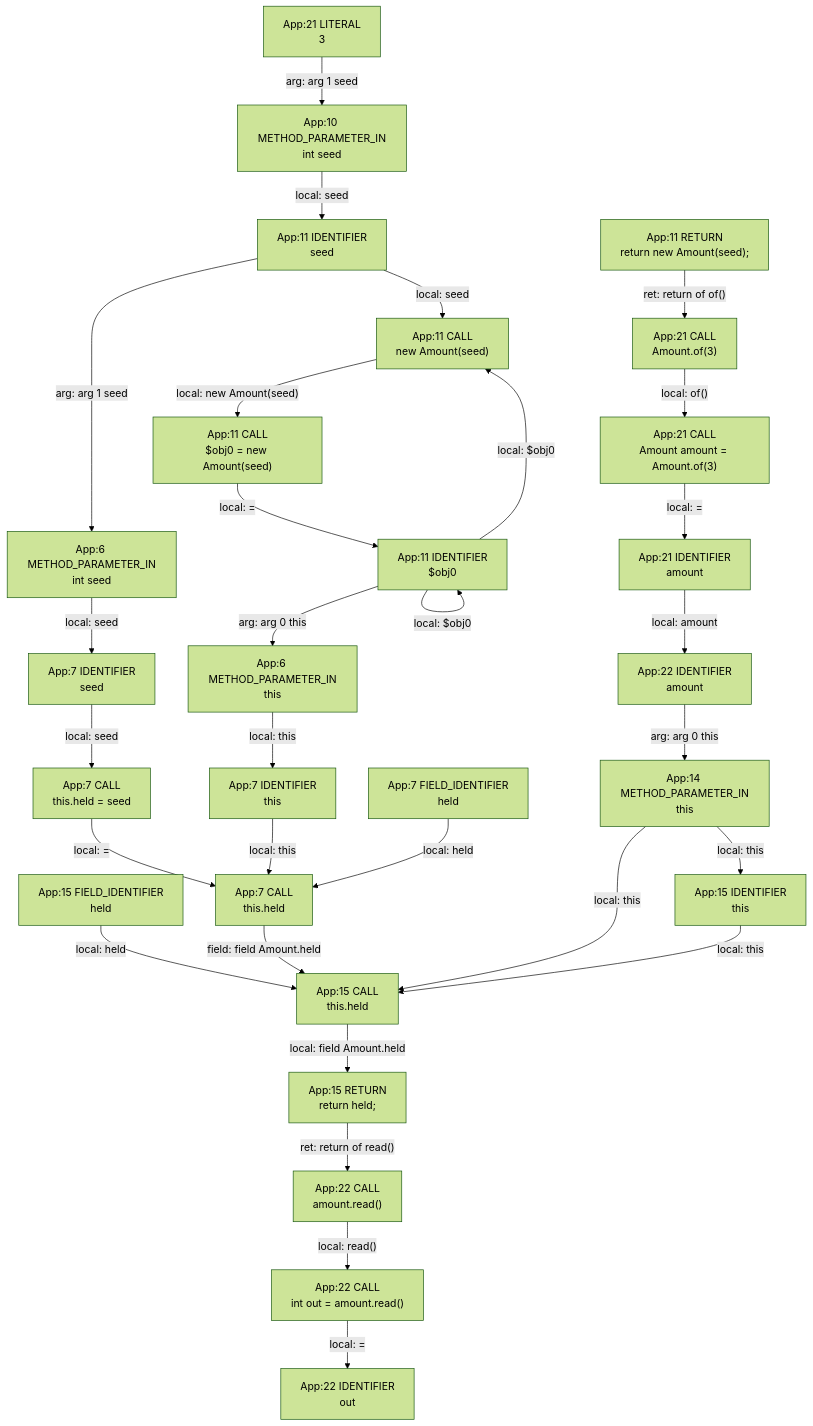
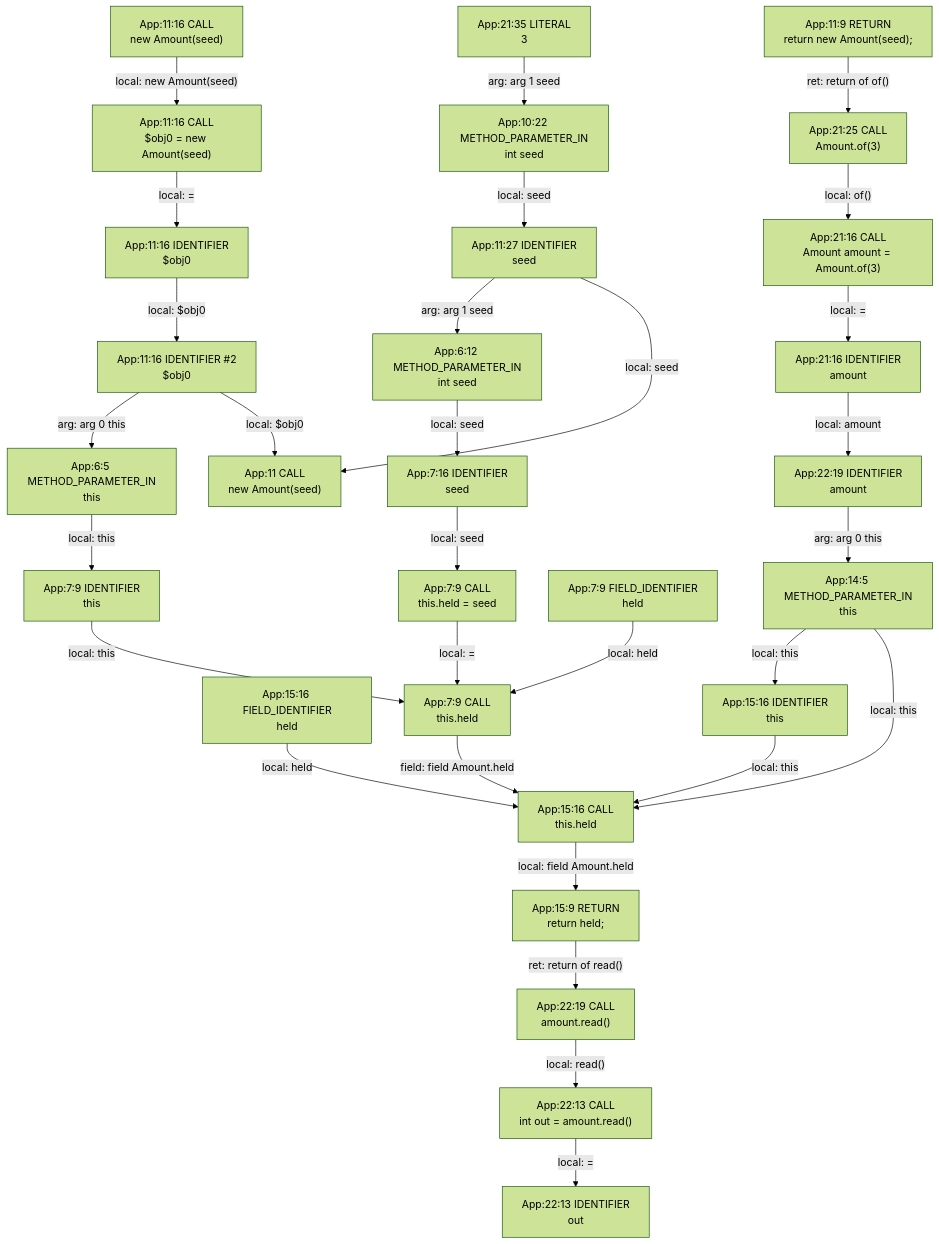
Before and after one commit to gstiebler/codeflow: the diagram in app/src/test/resources/returnedObject/spike-truth.md, drawn with Mermaid (forest theme). The commit also changed 154 other files, not shown here.

````diff
--- a/app/src/test/resources/returnedObject/spike-truth.md
+++ b/app/src/test/resources/returnedObject/spike-truth.md
@@ -3,58 +3,60 @@
 ```mermaid
 flowchart TD
-  n0["App:10 METHOD_PARAMETER_IN<br/>int seed"]
-  n1["App:11 CALL<br/>$obj0 = new Amount(seed)"]
-  n2["App:11 CALL<br/>new Amount(seed)"]
-  n3["App:11 IDENTIFIER<br/>$obj0"]
-  n4["App:11 IDENTIFIER<br/>seed"]
-  n5["App:11 RETURN<br/>return new Amount(seed);"]
-  n6["App:14 METHOD_PARAMETER_IN<br/>this"]
-  n7["App:15 CALL<br/>this.held"]
-  n8["App:15 FIELD_IDENTIFIER<br/>held"]
-  n9["App:15 IDENTIFIER<br/>this"]
-  n10["App:15 RETURN<br/>return held;"]
-  n11["App:21 CALL<br/>Amount amount = Amount.of(3)"]
-  n12["App:21 CALL<br/>Amount.of(3)"]
-  n13["App:21 IDENTIFIER<br/>amount"]
-  n14["App:21 LITERAL<br/>3"]
-  n15["App:22 CALL<br/>amount.read()"]
-  n16["App:22 CALL<br/>int out = amount.read()"]
-  n17["App:22 IDENTIFIER<br/>amount"]
-  n18["App:22 IDENTIFIER<br/>out"]
-  n19["App:6 METHOD_PARAMETER_IN<br/>int seed"]
-  n20["App:6 METHOD_PARAMETER_IN<br/>this"]
-  n21["App:7 CALL<br/>this.held"]
-  n22["App:7 CALL<br/>this.held = seed"]
-  n23["App:7 FIELD_IDENTIFIER<br/>held"]
-  n24["App:7 IDENTIFIER<br/>seed"]
-  n25["App:7 IDENTIFIER<br/>this"]
-  n0 -->|"local: seed"| n4
-  n1 -->|"local: ="| n3
-  n10 -->|"ret: return of read()"| n15
-  n11 -->|"local: ="| n13
-  n12 -->|"local: of()"| n11
-  n13 -->|"local: amount"| n17
-  n14 -->|"arg: arg 1 seed"| n0
-  n15 -->|"local: read()"| n16
-  n16 -->|"local: ="| n18
-  n17 -->|"arg: arg 0 this"| n6
-  n19 -->|"local: seed"| n24
-  n2 -->|"local: new Amount(seed)"| n1
-  n20 -->|"local: this"| n25
-  n21 -->|"field: field Amount.held"| n7
-  n22 -->|"local: ="| n21
-  n23 -->|"local: held"| n21
-  n24 -->|"local: seed"| n22
-  n25 -->|"local: this"| n21
-  n3 -->|"arg: arg 0 this"| n20
-  n3 -->|"local: $obj0"| n2
-  n3 -->|"local: $obj0"| n3
-  n4 -->|"arg: arg 1 seed"| n19
-  n4 -->|"local: seed"| n2
-  n5 -->|"ret: return of of()"| n12
-  n6 -->|"local: this"| n7
-  n6 -->|"local: this"| n9
-  n7 -->|"local: field Amount.held"| n10
-  n8 -->|"local: held"| n7
-  n9 -->|"local: this"| n7
+  n0["App:10:22 METHOD_PARAMETER_IN<br/>int seed"]
+  n1["App:11 CALL<br/>new Amount(seed)"]
+  n2["App:11:16 CALL<br/>$obj0 = new Amount(seed)"]
+  n3["App:11:16 CALL<br/>new Amount(seed)"]
+  n4["App:11:16 IDENTIFIER #2<br/>$obj0"]
+  n5["App:11:16 IDENTIFIER<br/>$obj0"]
+  n6["App:11:27 IDENTIFIER<br/>seed"]
+  n7["App:11:9 RETURN<br/>return new Amount(seed);"]
+  n8["App:14:5 METHOD_PARAMETER_IN<br/>this"]
+  n9["App:15:16 CALL<br/>this.held"]
+  n10["App:15:16 FIELD_IDENTIFIER<br/>held"]
+  n11["App:15:16 IDENTIFIER<br/>this"]
+  n12["App:15:9 RETURN<br/>return held;"]
+  n13["App:21:16 CALL<br/>Amount amount = Amount.of(3)"]
+  n14["App:21:16 IDENTIFIER<br/>amount"]
+  n15["App:21:25 CALL<br/>Amount.of(3)"]
+  n16["App:21:35 LITERAL<br/>3"]
+  n17["App:22:13 CALL<br/>int out = amount.read()"]
+  n18["App:22:13 IDENTIFIER<br/>out"]
+  n19["App:22:19 CALL<br/>amount.read()"]
+  n20["App:22:19 IDENTIFIER<br/>amount"]
+  n21["App:6:12 METHOD_PARAMETER_IN<br/>int seed"]
+  n22["App:6:5 METHOD_PARAMETER_IN<br/>this"]
+  n23["App:7:16 IDENTIFIER<br/>seed"]
+  n24["App:7:9 CALL<br/>this.held"]
+  n25["App:7:9 CALL<br/>this.held = seed"]
+  n26["App:7:9 FIELD_IDENTIFIER<br/>held"]
+  n27["App:7:9 IDENTIFIER<br/>this"]
+  n0 -->|"local: seed"| n6
+  n10 -->|"local: held"| n9
+  n11 -->|"local: this"| n9
+  n12 -->|"ret: return of read()"| n19
+  n13 -->|"local: ="| n14
+  n14 -->|"local: amount"| n20
+  n15 -->|"local: of()"| n13
+  n16 -->|"arg: arg 1 seed"| n0
+  n17 -->|"local: ="| n18
+  n19 -->|"local: read()"| n17
+  n2 -->|"local: ="| n5
+  n20 -->|"arg: arg 0 this"| n8
+  n21 -->|"local: seed"| n23
+  n22 -->|"local: this"| n27
+  n23 -->|"local: seed"| n25
+  n24 -->|"field: field Amount.held"| n9
+  n25 -->|"local: ="| n24
+  n26 -->|"local: held"| n24
+  n27 -->|"local: this"| n24
+  n3 -->|"local: new Amount(seed)"| n2
+  n4 -->|"arg: arg 0 this"| n22
+  n4 -->|"local: $obj0"| n1
+  n5 -->|"local: $obj0"| n4
+  n6 -->|"arg: arg 1 seed"| n21
+  n6 -->|"local: seed"| n1
+  n7 -->|"ret: return of of()"| n15
+  n8 -->|"local: this"| n11
+  n8 -->|"local: this"| n9
+  n9 -->|"local: field Amount.held"| n12
 ```
````
